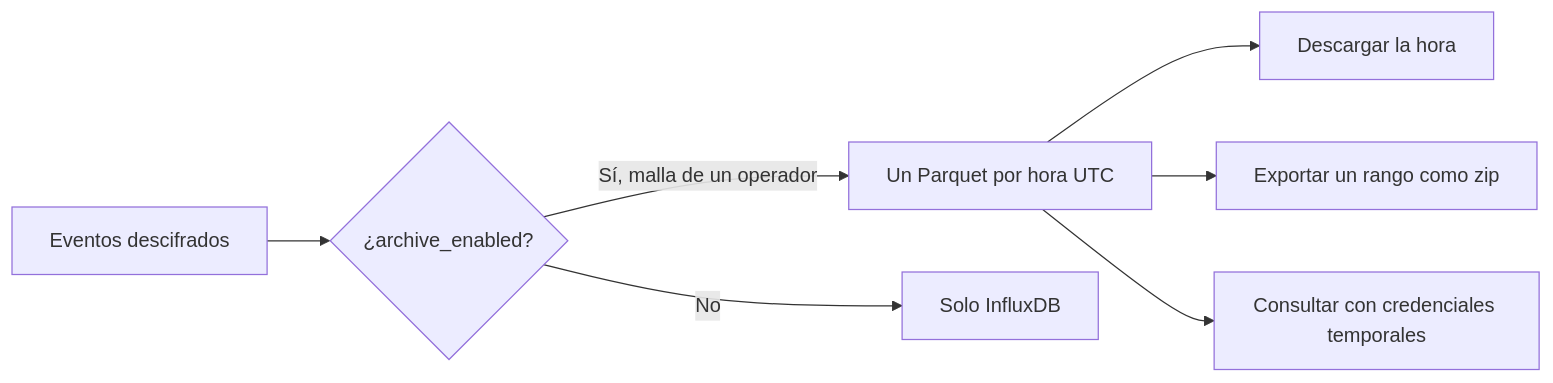
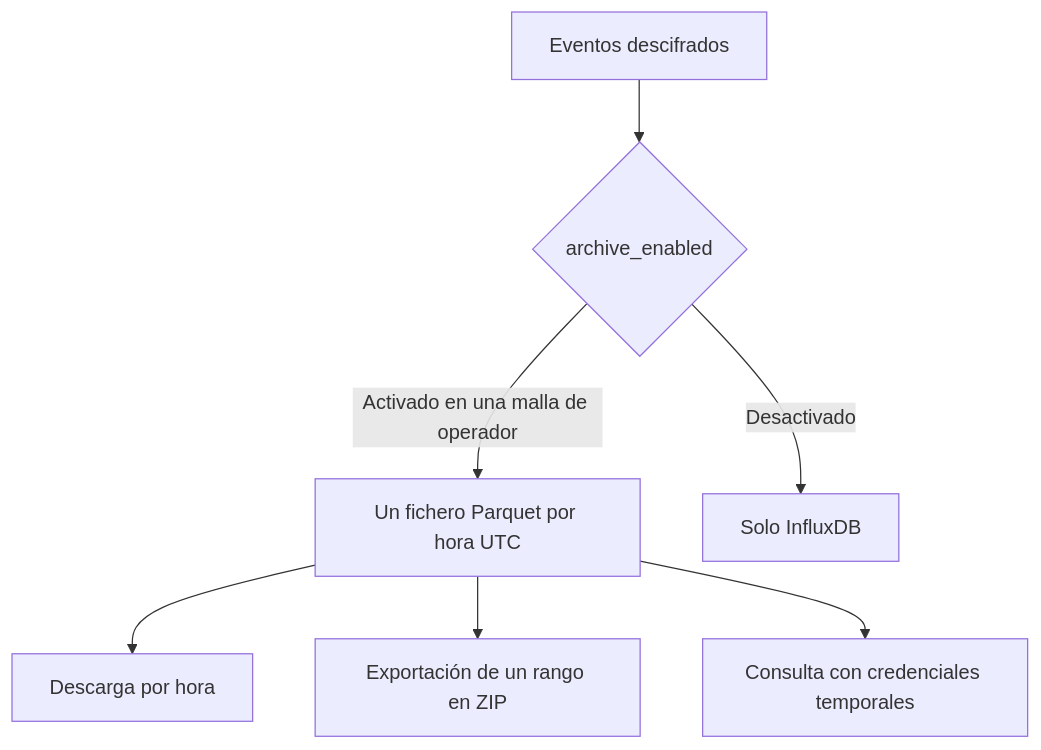
The diagram in apps/web/content/docs/es/archive.mdx (sensical-coop/mesh-things-apps), drawn with Mermaid before and after one commit. The commit also changed other lines of this file and 27 other files, not shown here.

````diff
--- a/apps/web/content/docs/es/archive.mdx
+++ b/apps/web/content/docs/es/archive.mdx
@@ -10,9 +10,9 @@
 ```mermaid
-flowchart LR
-  decoded["Eventos descifrados"] --> choice{"¿archive_enabled?"}
-  choice -->|Sí, malla de un operador| hour["Un Parquet por hora UTC"]
-  choice -->|No| influx["Solo InfluxDB"]
-  hour --> files["Descargar la hora"]
-  hour --> zip["Exportar un rango como zip"]
-  hour --> duck["Consultar con credenciales temporales"]
+flowchart TD
+  decoded["Eventos descifrados"] --> enabled{"archive_enabled"}
+  enabled -->|Activado en una malla de operador| hourly["Un fichero Parquet por hora UTC"]
+  enabled -->|Desactivado| influx["Solo InfluxDB"]
+  hourly --> download["Descarga por hora"]
+  hourly --> export["Exportación de un rango en ZIP"]
+  hourly --> query["Consulta con credenciales temporales"]
 ```
````
